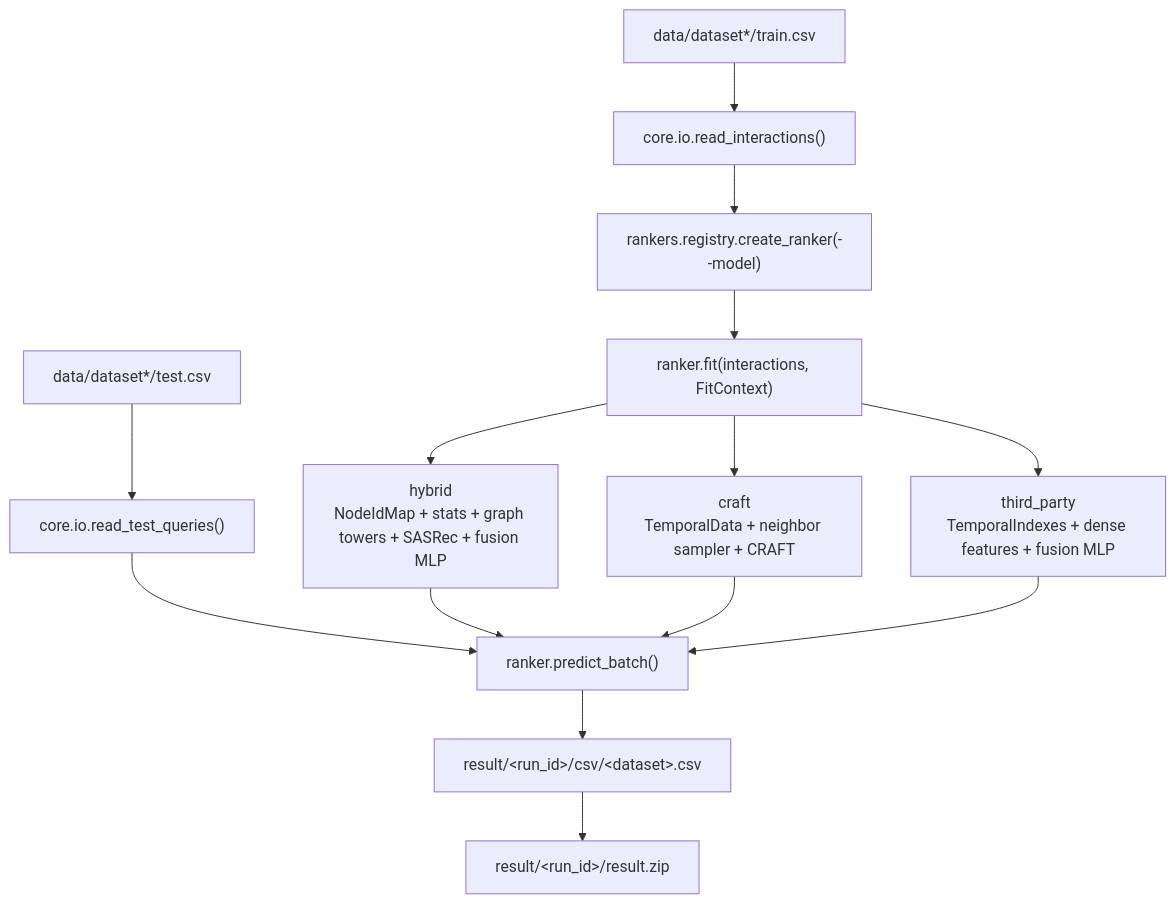
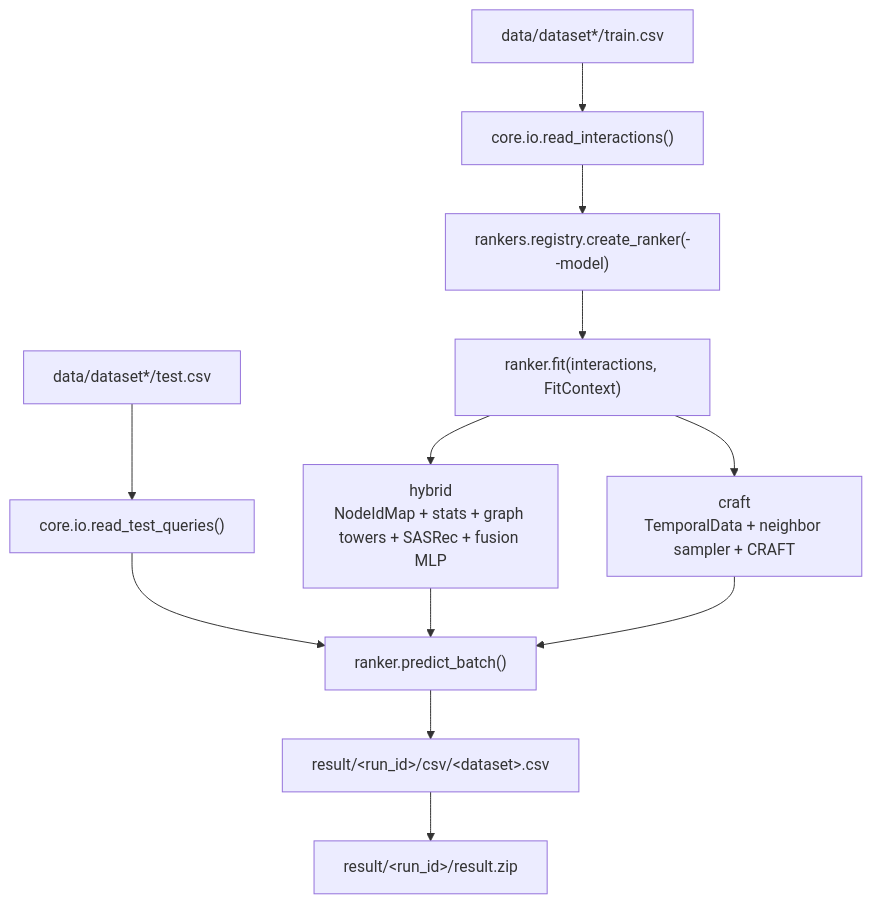
The second of 2 diagrams in docs/system/architecture.md (Puiching-Memory/jittor-GPNUT1-JGRec), drawn with Mermaid before and after one commit. The commit also changed other lines of this file and 10 other files, not shown here.

First line of the commit message:
移除废弃的 third_party 统计/结构特征重排器后端

````diff
--- a/docs/system/architecture.md
+++ b/docs/system/architecture.md
@@ -43,17 +41,15 @@
 ```mermaid
 flowchart TB
     Train["data/dataset*/train.csv"] --> ReadTrain["core.io.read_interactions()"]
     ReadTrain --> Create["rankers.registry.create_ranker(--model)"]
     Create --> Fit["ranker.fit(interactions, FitContext)"]
     Fit --> H["hybrid<br/>NodeIdMap + stats + graph towers + SASRec + fusion MLP"]
     Fit --> C["craft<br/>TemporalData + neighbor sampler + CRAFT"]
-    Fit --> T["third_party<br/>TemporalIndexes + dense features + fusion MLP"]
 
     Test["data/dataset*/test.csv"] --> ReadTest["core.io.read_test_queries()"]
     ReadTest --> Predict["ranker.predict_batch()"]
     H --> Predict
     C --> Predict
-    T --> Predict
     Predict --> CSV["result/&lt;run_id&gt;/csv/&lt;dataset&gt;.csv"]
     CSV --> ZIP["result/&lt;run_id&gt;/result.zip"]
 ```
````
